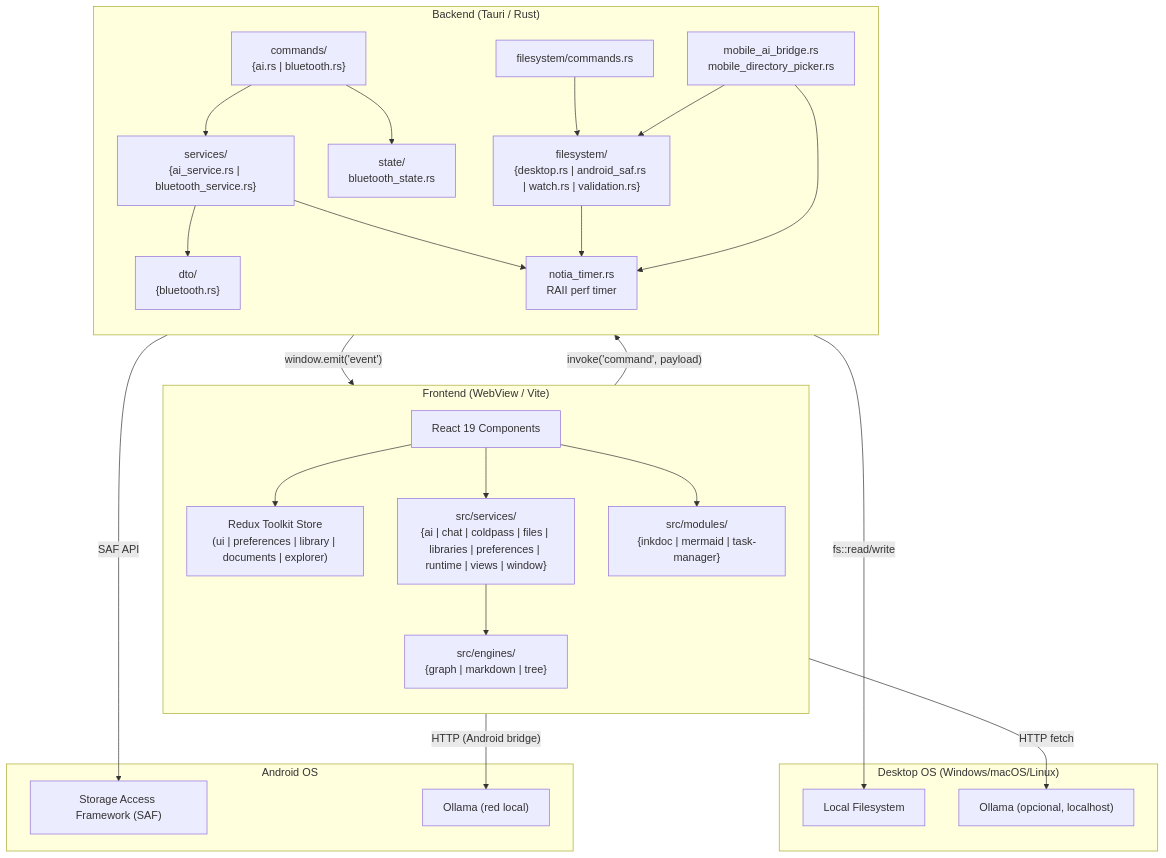
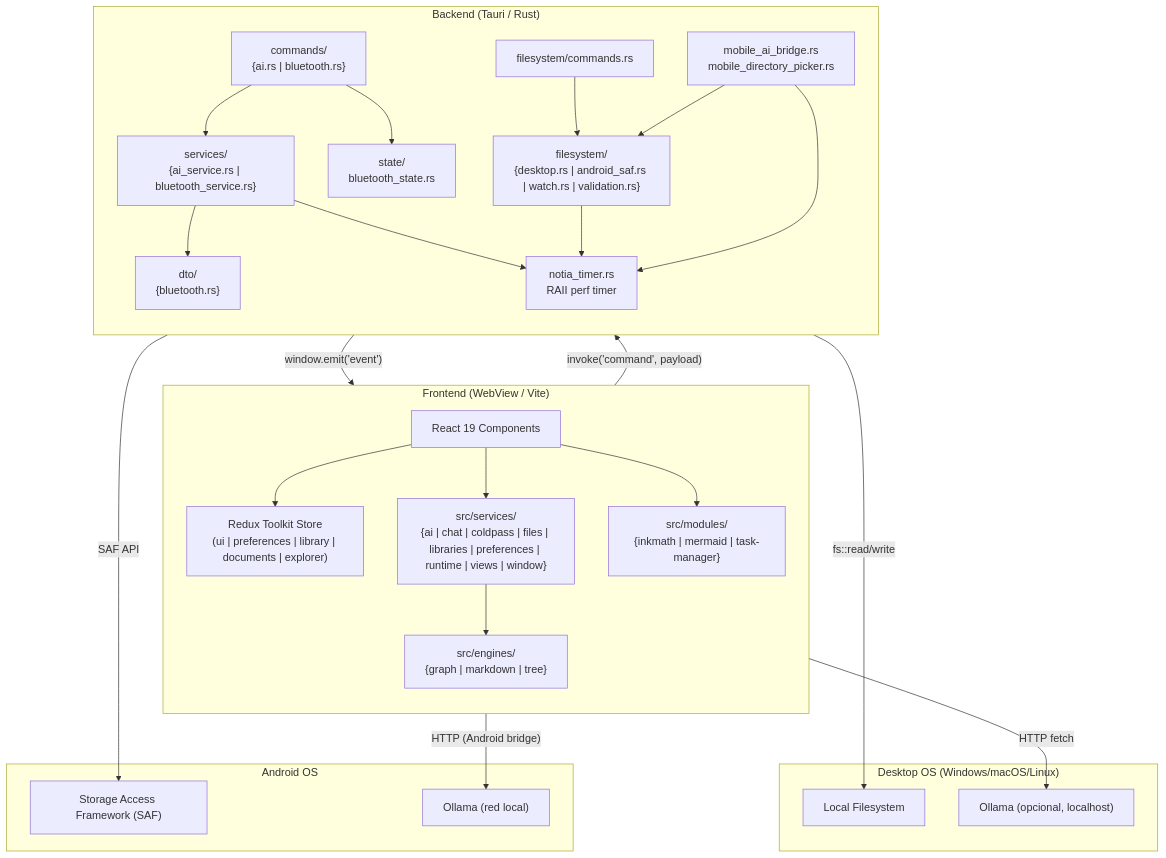
Before and after one commit to GabrielMiuzzi/notia: the fifth of 52 diagrams in README-TECH.md, drawn with Mermaid. The commit also changed other lines of this file and 130 other files, not shown here.

````diff
--- a/README-TECH.md
+++ b/README-TECH.md
@@ -1391,54 +1360,54 @@
 ```mermaid
 graph TB
     subgraph Desktop["Desktop OS (Windows/macOS/Linux)"]
         FS["Local Filesystem"]
         Ollama["Ollama (opcional, localhost)"]
     end
 
     subgraph Android["Android OS"]
         SAF["Storage Access Framework (SAF)"]
         OllamaAndroid["Ollama (red local)"]
     end
 
     subgraph Frontend["Frontend (WebView / Vite)"]
         direction TB
         React["React 19 Components"]
         Redux["Redux Toolkit Store<br/>(ui | preferences | library | documents | explorer)"]
         Services["src/services/<br/>{ai | chat | coldpass | files | libraries | preferences | runtime | views | window}"]
         Engines["src/engines/<br/>{graph | markdown | tree}"]
-        Modules["src/modules/<br/>{inkdoc | mermaid | task-manager}"]
+        Modules["src/modules/<br/>{inkmath | mermaid | task-manager}"]
 
         React --> Redux
         React --> Services
         Services --> Engines
         React --> Modules
     end
 
     subgraph Backend["Backend (Tauri / Rust)"]
         direction TB
         Commands["commands/<br/>{ai.rs | bluetooth.rs}"]
         FSCommands["filesystem/commands.rs"]
         ServicesRust["services/<br/>{ai_service.rs | bluetooth_service.rs}"]
         FSImpl["filesystem/<br/>{desktop.rs | android_saf.rs | watch.rs | validation.rs}"]
         DTOs["dto/<br/>{bluetooth.rs}"]
         State["state/<br/>bluetooth_state.rs"]
         Mobile["mobile_ai_bridge.rs<br/>mobile_directory_picker.rs"]
         NotiaTimer["notia_timer.rs<br/>RAII perf timer"]
 
         Commands --> ServicesRust
         FSCommands --> FSImpl
         ServicesRust --> DTOs
         Commands --> State
         Mobile --> FSImpl
         FSImpl --> NotiaTimer
         ServicesRust --> NotiaTimer
         Mobile --> NotiaTimer
     end
 
     Frontend --"invoke('command', payload)"--> Backend
     Backend --"window.emit('event')"--> Frontend
     Backend --"fs::read/write"--> FS
     Backend --"SAF API"--> SAF
     Services --"HTTP fetch"--> Ollama
     Services --"HTTP (Android bridge)"--> OllamaAndroid
 ```
````
